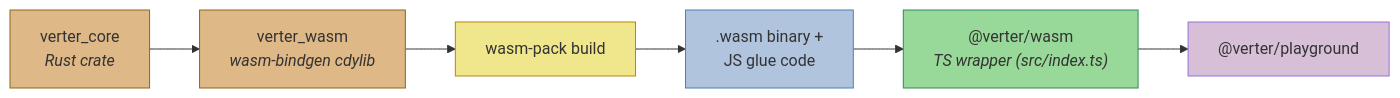
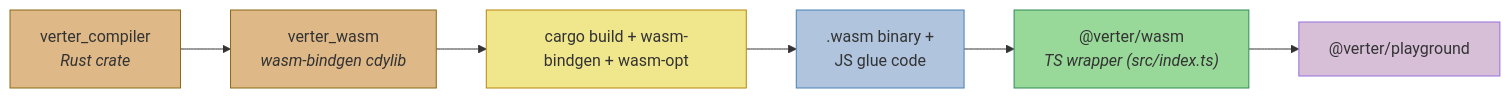
Before and after one commit to pikax/verter: the first of 3 diagrams in packages/wasm/README.md, drawn with Mermaid. The commit also changed other lines of this file and 1232 other files, not shown here.

````diff
--- a/packages/wasm/README.md
+++ b/packages/wasm/README.md
@@ -16,15 +19,15 @@
 ```mermaid
 graph LR
-    A["verter_core<br/><i>Rust crate</i>"] --> B["verter_wasm<br/><i>wasm-bindgen cdylib</i>"]
-    B --> C["wasm-pack build"]
+    A["verter_compiler<br/><i>Rust crate</i>"] --> B["verter_wasm<br/><i>wasm-bindgen cdylib</i>"]
+    B --> C["cargo build + wasm-bindgen + wasm-opt"]
     C --> D[".wasm binary +<br/>JS glue code"]
     D --> E["@verter/wasm<br/><i>TS wrapper (src/index.ts)</i>"]
     E --> F["@verter/playground"]
 
     style A fill:#deb887,stroke:#8b6914
     style B fill:#deb887,stroke:#8b6914
     style C fill:#f0e68c,stroke:#b8860b
     style D fill:#b0c4de,stroke:#4682b4
     style E fill:#98d898,stroke:#2e8b57
     style F fill:#d8bfd8,stroke:#9370db
 ```
````
